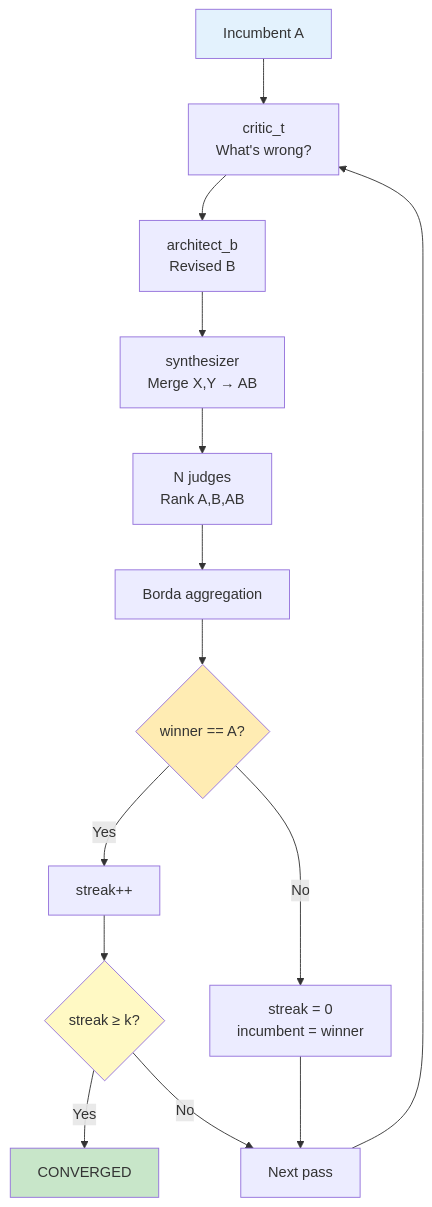
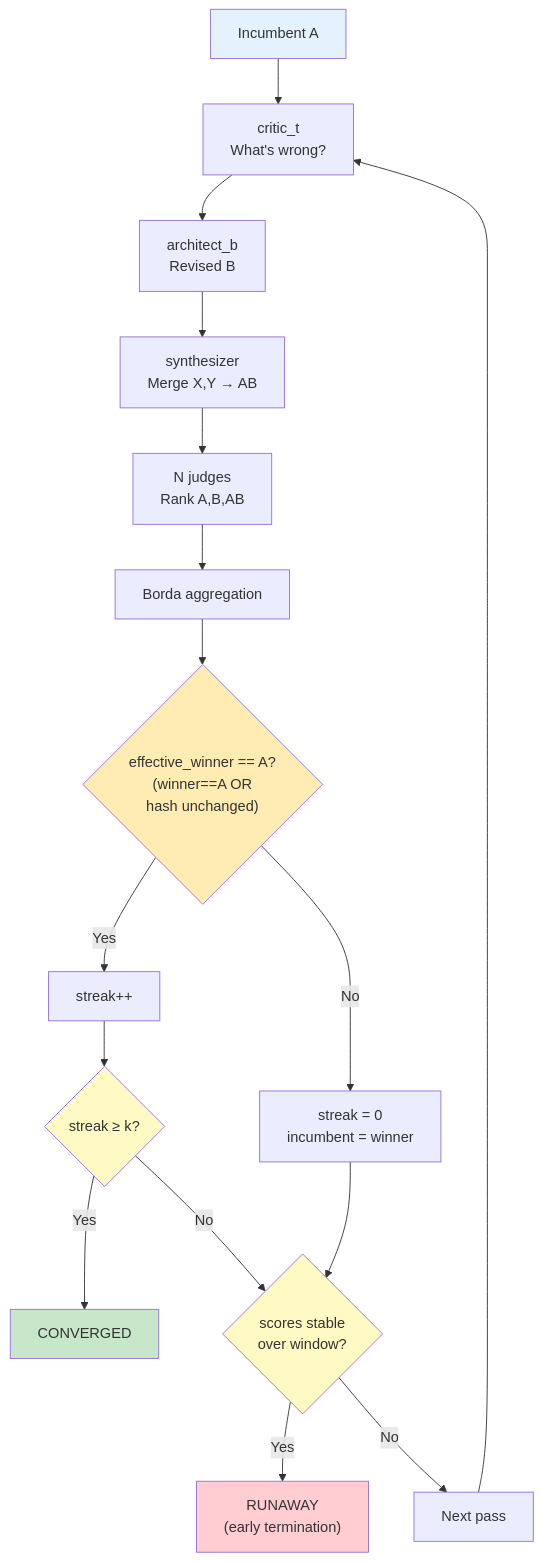
Before and after one commit to mohamedameen-io/AutoDev: the third of 3 diagrams in README.md, drawn with Mermaid. The commit also changed other lines of this file, not shown here.

````diff
--- a/README.md
+++ b/README.md
@@ -328,21 +347,25 @@
 ```mermaid
 flowchart TD
     A["Incumbent A"] --> B["critic_t<br/>What's wrong?"]
     B --> C["architect_b<br/>Revised B"]
     C --> D["synthesizer<br/>Merge X,Y → AB"]
     D --> E["N judges<br/>Rank A,B,AB"]
     E --> F["Borda aggregation"]
-    F --> G{winner == A?}
+    F --> G{"effective_winner == A?<br/>(winner==A OR<br/>hash unchanged)"}
     G -->|Yes| H["streak++"]
     G -->|No| I["streak = 0<br/>incumbent = winner"]
     H --> J{streak ≥ k?}
     J -->|Yes| K["CONVERGED"]
-    J -->|No| L["Next pass"]
-    I --> L
+    J -->|No| M{scores stable<br/>over window?}
+    I --> M
+    M -->|Yes| N["RUNAWAY<br/>(early termination)"]
+    M -->|No| L["Next pass"]
     L --> B
 
     style A fill:#e3f2fd
     style K fill:#c8e6c9
+    style N fill:#ffcdd2
     style J fill:#fff9c4
     style G fill:#ffecb3
+    style M fill:#fff9c4
 ```
````
